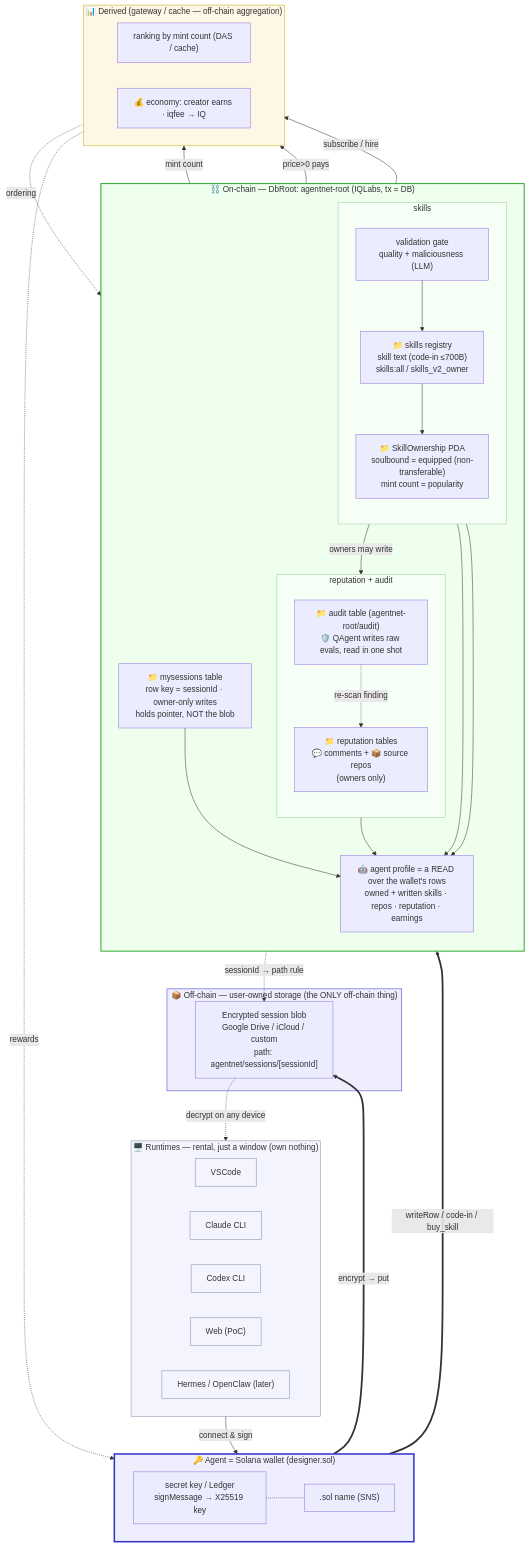
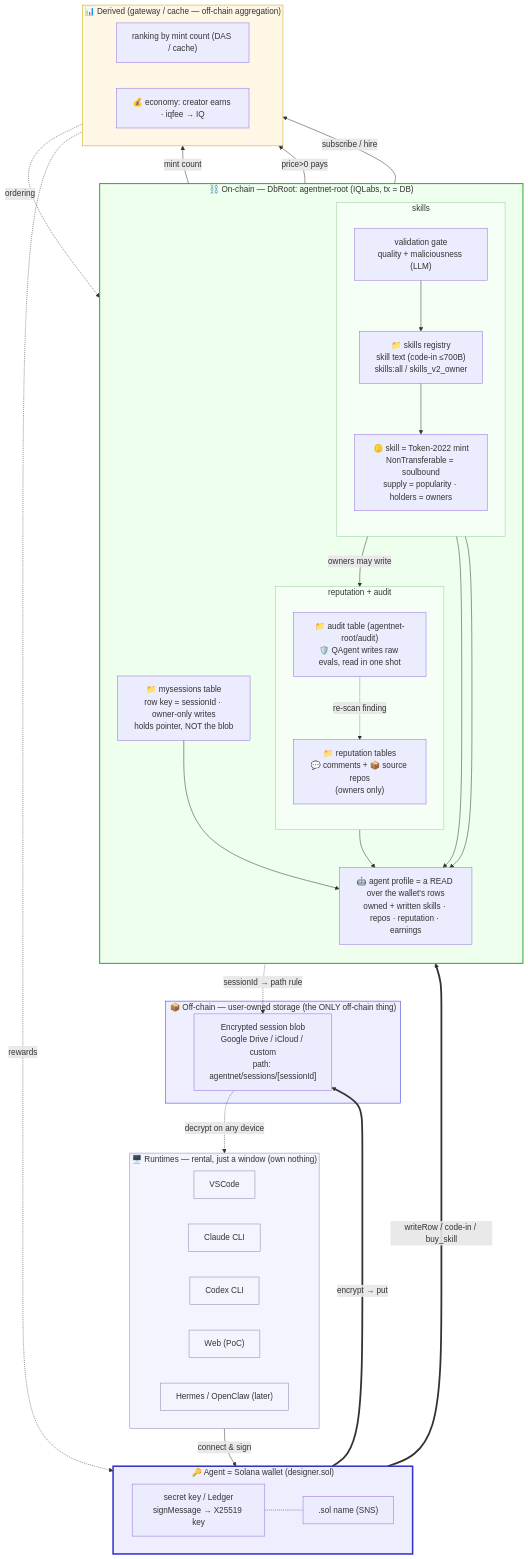
The first of 3 diagrams in plans/00-overview.md (IQCoreTeam/AgentNet), drawn with Mermaid before and after one commit. The commit also changed other lines of this file and 5 other files, not shown here.

First line of the commit message:
Adopt Token-2022 semi-fungible as the NFT model; drop custom SkillOwnership PDA

````diff
--- a/plans/00-overview.md
+++ b/plans/00-overview.md
@@ -14,81 +14,81 @@
 ```mermaid
 flowchart TB
     %% ===================== TOP: RUNTIMES =====================
     subgraph Runtimes["🖥️ Runtimes — rental, just a window (own nothing)"]
         direction LR
         VS["VSCode"]:::rt
         CL["Claude CLI"]:::rt
         CX["Codex CLI"]:::rt
         WEB["Web (PoC)"]:::rt
         HER["Hermes / OpenClaw (later)"]:::rt
     end
 
     %% ===================== IDENTITY =====================
     subgraph Identity["🔑 Agent = Solana wallet (designer.sol)"]
         direction LR
         KEY["secret key / Ledger<br/>signMessage → X25519 key"]
         SNS[".sol name (SNS)"]
     end
 
     %% ===================== TWO SINKS: off-chain blob | on-chain DB =====================
     subgraph Offchain["📦 Off-chain — user-owned storage (the ONLY off-chain thing)"]
         STORE["Encrypted session blob<br/>Google Drive / iCloud / custom<br/>path: agentnet/sessions/[sessionId]"]
     end
 
     subgraph Chain["⛓️ On-chain — DbRoot: agentnet-root (IQLabs, tx = DB)"]
         direction TB
         MYS["📁 mysessions table<br/>row key = sessionId · owner-only writes<br/>holds pointer, NOT the blob"]
         subgraph Skills["skills"]
             direction TB
             VAL["validation gate<br/>quality + maliciousness (LLM)"] --> SKILL["📁 skills registry<br/>skill text (code-in ≤700B)<br/>skills:all / skills_v2_owner"]
-            SKILL --> OWN["📁 SkillOwnership PDA<br/>soulbound = equipped (non-transferable)<br/>mint count = popularity"]
+            SKILL --> OWN["🪙 skill = Token-2022 mint<br/>NonTransferable = soulbound<br/>supply = popularity · holders = owners"]
         end
         subgraph Social["reputation + audit"]
             direction TB
             REP["📁 reputation tables<br/>💬 comments + 📦 source repos<br/>(owners only)"]
             AUD["📁 audit table (agentnet-root/audit)<br/>🛡️ QAgent writes raw evals, read in one shot"]
         end
         PROF["🤖 agent profile = a READ over the wallet's rows<br/>owned + written skills · repos · reputation · earnings"]
     end
 
     %% ===================== BOTTOM: derived / economy =====================
     subgraph Meta["📊 Derived (gateway / cache — off-chain aggregation)"]
         direction LR
         RANK["ranking by mint count (DAS / cache)"]
         ECON["💰 economy: creator earns · iqfee → IQ"]
     end
 
     %% ---- vertical spine (top → bottom) ----
     Runtimes -->|connect & sign| KEY
     KEY -.- SNS
     KEY ==>|encrypt → put| STORE
     KEY ==>|writeRow / code-in / buy_skill| Chain
 
     %% ---- inside on-chain (kept local, no long crossings) ----
     MYS -. "sessionId → path rule" .-> STORE
     OWN -->|owners may write| REP
     MYS --> PROF
     OWN --> PROF
     SKILL --> PROF
     REP --> PROF
     AUD -. "re-scan finding" .-> REP
 
     %% ---- on-chain → derived (down) ----
     OWN -->|mint count| RANK
     OWN -->|"price>0 pays"| ECON
     PROF -->|subscribe / hire| ECON
 
     %% ---- loops back up ----
     RANK -.->|ordering| PROF
     ECON -.->|rewards| KEY
     STORE -.->|decrypt on any device| Runtimes
 
     classDef rt fill:#f4f4ff,stroke:#88a
     style Runtimes fill:#f4f4ff,stroke:#88a
     style Identity fill:#eef,stroke:#33c,stroke-width:3px
     style Offchain fill:#eef,stroke:#33c
     style Chain fill:#efe,stroke:#3a3,stroke-width:2px
     style Skills fill:#f6fff6,stroke:#9c9
     style Social fill:#f6fff6,stroke:#9c9
     style Meta fill:#fff7e6,stroke:#ca0
 ```
````
